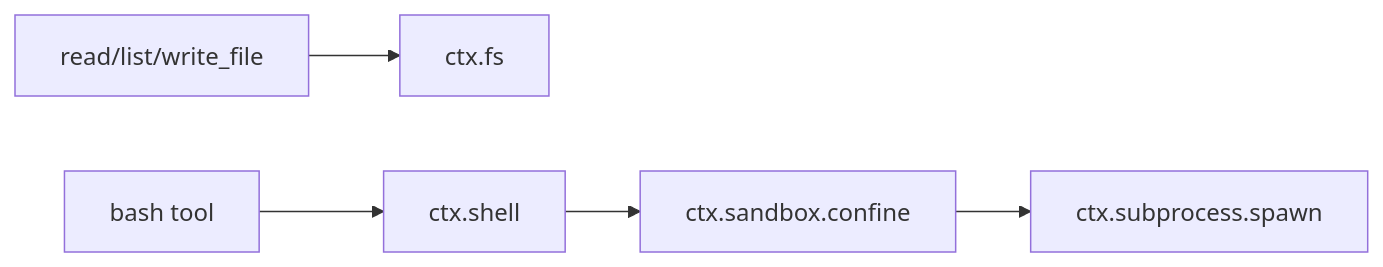
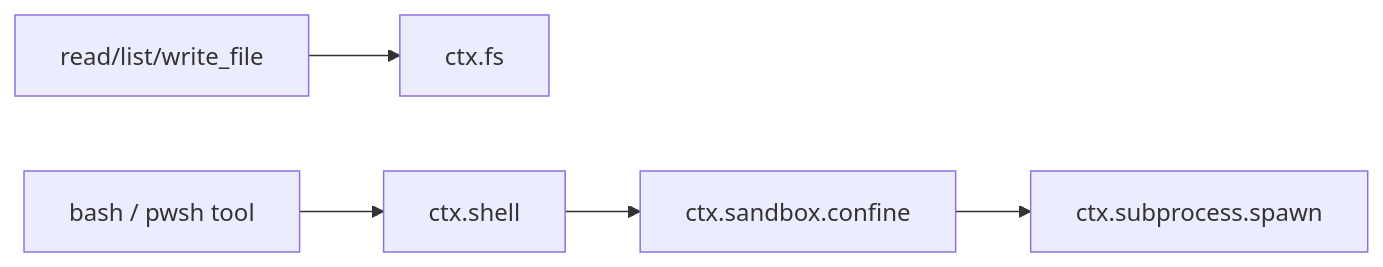
The third of 4 diagrams in docs/技术架构.md (lobster-bujiaban/lob-harness), drawn with Mermaid before and after one commit. The commit also changed other lines of this file and 10 other files, not shown here.

````diff
--- a/docs/技术架构.md
+++ b/docs/技术架构.md
@@ -113,7 +113,7 @@
 ```mermaid
 flowchart LR
   fileTools["read/list/write_file"] --> fs["ctx.fs"]
-  bash["bash tool"] --> shell["ctx.shell"]
+  bash["bash / pwsh tool"] --> shell["ctx.shell"]
   shell --> sandbox["ctx.sandbox.confine"]
   sandbox --> subprocess["ctx.subprocess.spawn"]
 ```
````
